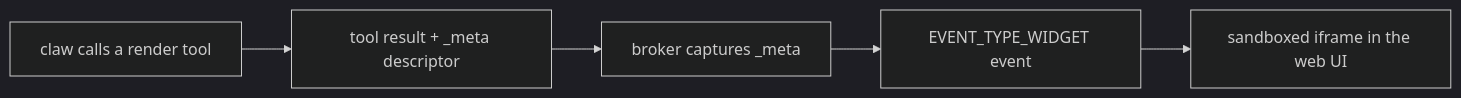
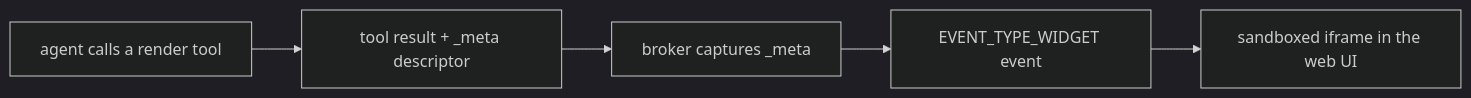
Before and after one commit to nick-pape/grackle: the diagram in apps/docs-site/docs/architecture/mcp-apps.md, drawn with Mermaid (dark theme). The commit also changed other lines of this file and 29 other files, not shown here.

````diff
--- a/apps/docs-site/docs/architecture/mcp-apps.md
+++ b/apps/docs-site/docs/architecture/mcp-apps.md
@@ -38,7 +38,7 @@
 ```mermaid
 flowchart LR
-  A[claw calls a render tool] --> B[tool result + _meta descriptor]
+  A[agent calls a render tool] --> B[tool result + _meta descriptor]
   B --> C[broker captures _meta]
   C --> D[EVENT_TYPE_WIDGET event]
   D --> E[sandboxed iframe in the web UI]
 ```
````
